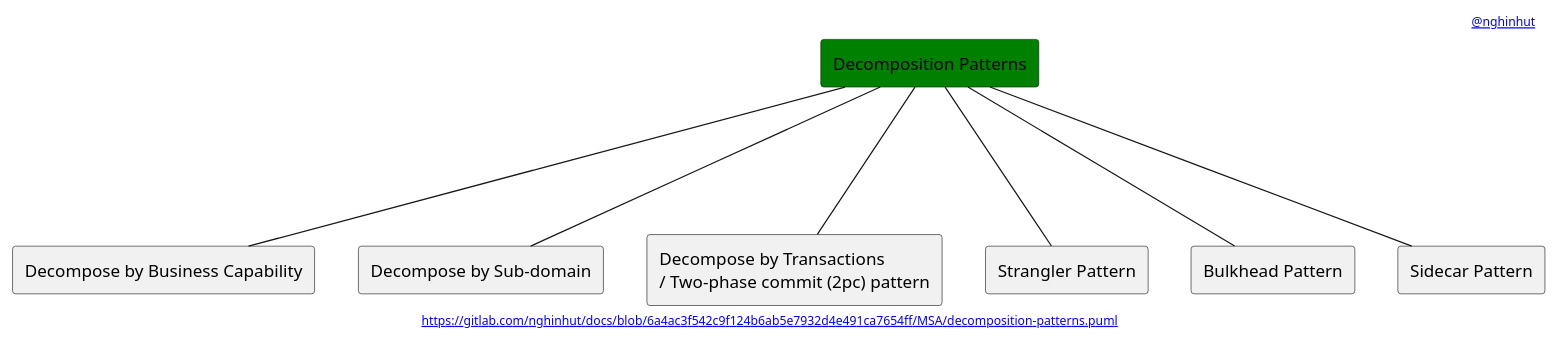
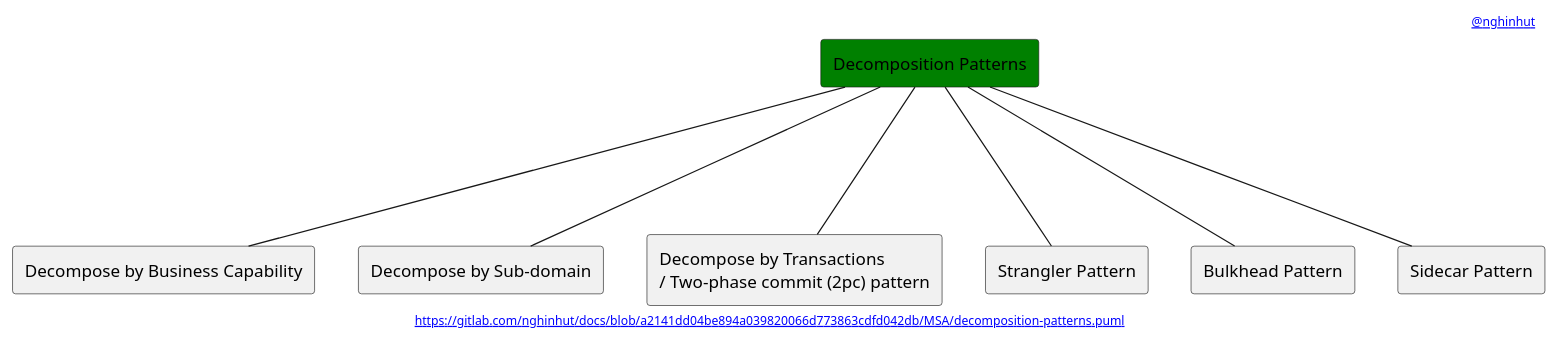
Before and after one commit to nghinhut/docs: the diagram in MSA/decomposition-patterns.puml, drawn with PlantUML. The commit also changed 17 other files, not shown here.

Commit message:
Update diagrams

```diff
--- a/MSA/decomposition-patterns.puml
+++ b/MSA/decomposition-patterns.puml
@@ -1,22 +1,22 @@
 @startuml
 '-----START auto generated metadata please keep comment here to allow auto update-----
 '-----DON'T EDIT THIS SECTION, INSTEAD RE-RUN prebuild.sh TO UPDATE-----
-header [[www.nghinhut.dev?from=https%5C%3A%5C%2F%5C%2Fgitlab%5C.com%5C%2Fnghinhut%5C%2Fdocs%5C%2Fblob%5C%2F6a4ac3f542c9f124b6ab5e7932d4e491ca7654ff%5C%2FMSA%5C%2Fdecomposition-patterns%5C.puml%0A @nghinhut]]
-footer [[http://www.plantuml.com/plantuml/proxy?fmt=svg&src=https://gitlab.com/nghinhut/docs/raw/6a4ac3f542c9f124b6ab5e7932d4e491ca7654ff/MSA/decomposition-patterns.puml https://gitlab.com/nghinhut/docs/blob/6a4ac3f542c9f124b6ab5e7932d4e491ca7654ff/MSA/decomposition-patterns.puml]]
+header [[https://www.nghinhut.dev?from=http%5C%3A%5C%2F%5C%2Fwww%5C.plantuml%5C.com%5C%2Fplantuml%5C%2Fproxy%3Ffmt%3Dsvg%5C%26src%3Dhttps%5C%3A%5C%2F%5C%2Fgitlab%5C.com%5C%2Fnghinhut%5C%2Fdocs%5C%2Fraw%5C%2Fa2141dd04be894a039820066d773863cdfd042db%5C%2FMSA%5C%2Fdecomposition-patterns%5C.puml%0A @nghinhut]]
+footer [[http://www.plantuml.com/plantuml/proxy?fmt=svg&src=https://gitlab.com/nghinhut/docs/raw/a2141dd04be894a039820066d773863cdfd042db/MSA/decomposition-patterns.puml https://gitlab.com/nghinhut/docs/blob/a2141dd04be894a039820066d773863cdfd042db/MSA/decomposition-patterns.puml]]
 '-----END auto generated metadata please keep comment here to allow auto update-----
 
 rectangle "Decomposition Patterns" as Decomposition #green
 
 rectangle "Decompose by Business Capability" as DecompositionP1
 rectangle "Decompose by Sub-domain" as DecompositionP2
 rectangle "Decompose by Transactions\n/ Two-phase commit (2pc) pattern" as DecompositionP3
 rectangle "Strangler Pattern" as DecompositionP4
 rectangle "Bulkhead Pattern" as DecompositionP5
 rectangle "Sidecar Pattern" as DecompositionP6
 Decomposition --- DecompositionP1
 Decomposition --- DecompositionP2
 Decomposition --- DecompositionP3
 Decomposition --- DecompositionP4
 Decomposition --- DecompositionP5
 Decomposition --- DecompositionP6
 @enduml
```
